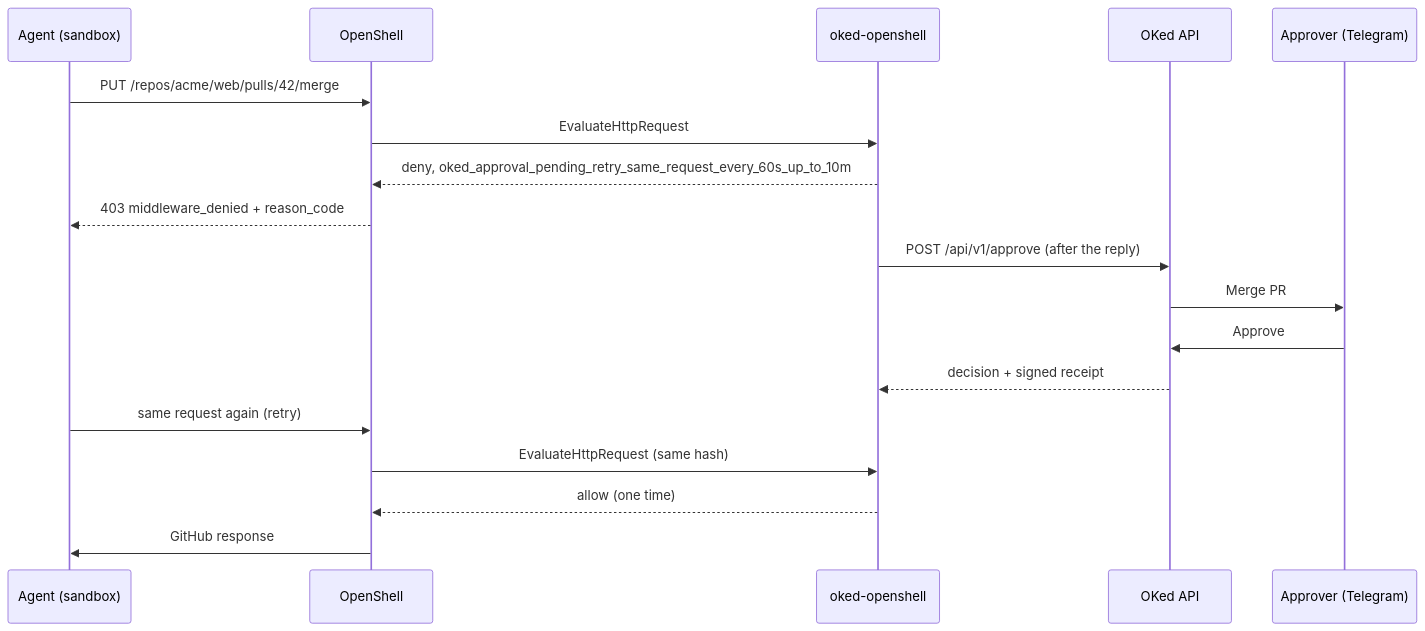
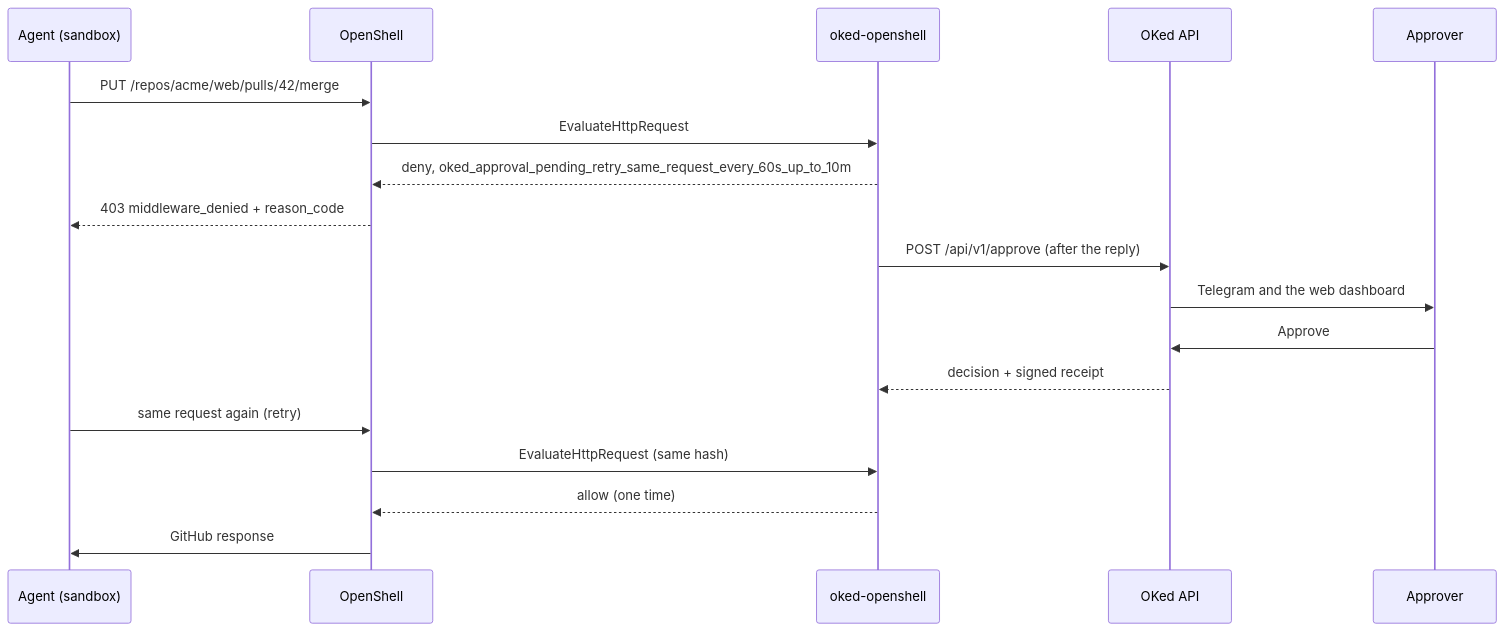
Before and after one commit to oked-ai/oked-openshell: the diagram in README.md, drawn with Mermaid. The commit also changed other lines of this file and 3 other files, not shown here.

````diff
--- a/README.md
+++ b/README.md
@@ -42,20 +195,20 @@
 ```mermaid
 sequenceDiagram
   participant A as Agent (sandbox)
   participant O as OpenShell
   participant M as oked-openshell
   participant K as OKed API
-  participant H as Approver (Telegram)
+  participant H as Approver
   A->>O: PUT /repos/acme/web/pulls/42/merge
   O->>M: EvaluateHttpRequest
   M-->>O: deny, oked_approval_pending_retry_same_request_every_60s_up_to_10m
   O-->>A: 403 middleware_denied + reason_code
   M->>K: POST /api/v1/approve (after the reply)
-  K->>H: Merge PR #42 'Fix login' into main in acme/web
+  K->>H: Telegram and the web dashboard
   H->>K: Approve
   K-->>M: decision + signed receipt
   A->>O: same request again (retry)
   O->>M: EvaluateHttpRequest (same hash)
   M-->>O: allow (one time)
   O->>A: GitHub response
 ```
````
